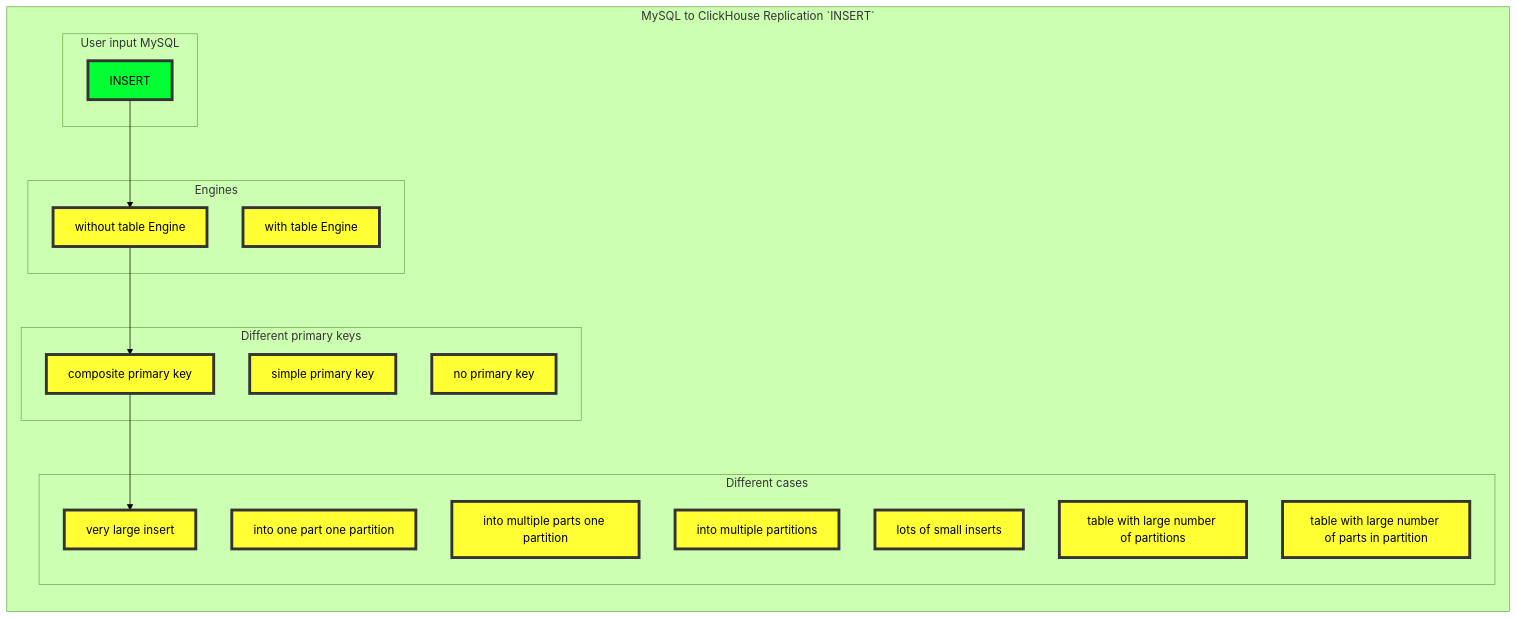
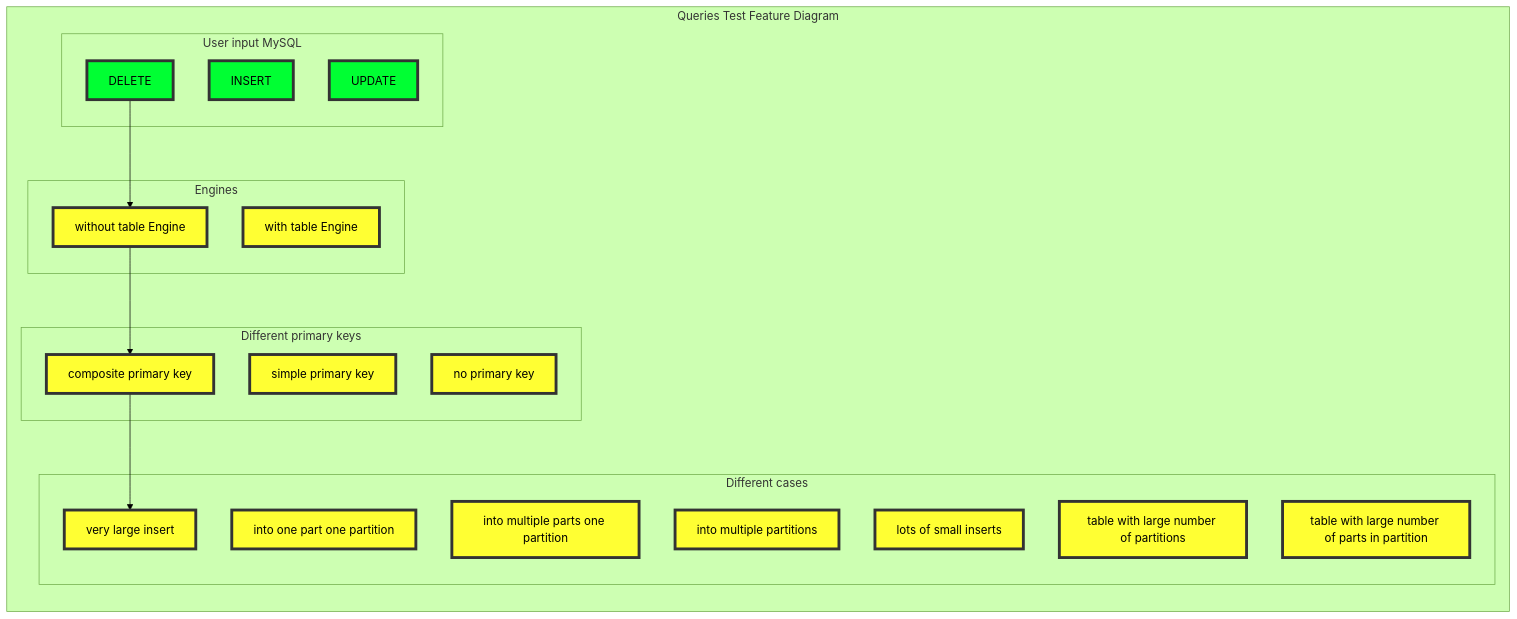
The second of 2 diagrams in tests/testflows/mysql_to_clickhouse_replication/requirements/requirements.md (Altinity/clickhouse-sink-connector), drawn with Mermaid (forest theme) before and after one commit. The commit also changed other lines of this file and 2 other files, not shown here.

````diff
--- a/tests/testflows/mysql_to_clickhouse_replication/requirements/requirements.md
+++ b/tests/testflows/mysql_to_clickhouse_replication/requirements/requirements.md
@@ -496,44 +494,46 @@
 ```mermaid
 graph LR;
 
   classDef yellow fill:#ffff33,stroke:#333,stroke-width:4px,color:black;
   classDef yellow2 fill:#ffff33,stroke:#333,stroke-width:4px,color:red;
   classDef green fill:#00ff33,stroke:#333,stroke-width:4px,color:black;
   classDef red fill:red,stroke:#333,stroke-width:4px,color:black;
   classDef blue fill:blue,stroke:#333,stroke-width:4px,color:white;
   
-  subgraph O["MySQL to ClickHouse Replication `INSERT`"]
-    1A-->2D-->2C-->4B;
+  subgraph O["Queries Test Feature Diagram"]
+    2A-->2D-->2C-->4B;
   
     subgraph A["User input MySQL"]
 
         1A["INSERT"]:::green
+                2A["DELETE"]:::green
+                        3A["UPDATE"]:::green
 
     end
     
     subgraph D["Engines"]
         1D["with table Engine"]:::yellow
         2D["without table Engine"]:::yellow
     end
     
     subgraph C["Different primary keys"]
         1C["simple primary key"]:::yellow
         2C["composite primary key"]:::yellow
         3c["no primary key"]:::yellow
     end
     
     subgraph B["Different cases"]
         1B[" into one part one partition"]:::yellow
         2B["into multiple parts one partition"]:::yellow
         3B["into multiple partitions"]:::yellow
         4B["very large insert"]:::yellow
         5B["lots of small inserts"]:::yellow
         6B["table with large number of partitions"]:::yellow
         7B["table with large number of parts in partition"]:::yellow
     end
     
 
     
 
   end
 ```
````
